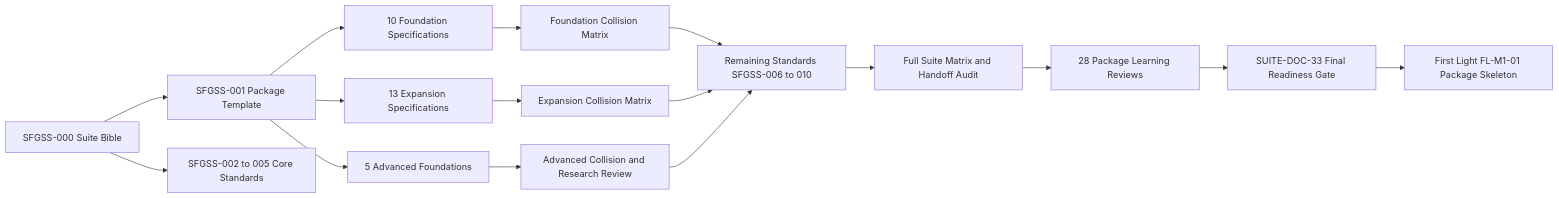
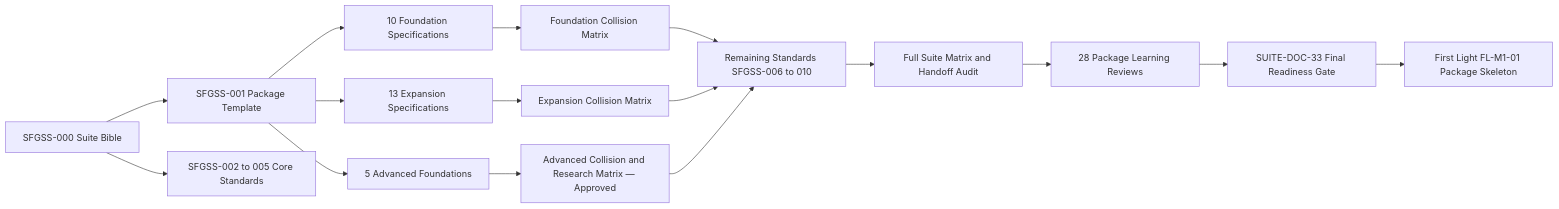
Before and after one commit to echodevgames/The-Sperk-Forge: the first of 3 diagrams in Plan Documentation/Suite_Graph_Roadmap.md, drawn with Mermaid. The commit also changed other lines of this file and 16 other files, not shown here.

Commit message:
Download the complete Advanced Review checkpoint

````diff
--- a/Plan Documentation/Suite_Graph_Roadmap.md
+++ b/Plan Documentation/Suite_Graph_Roadmap.md
@@ -29,18 +30,18 @@
 ```mermaid
 flowchart LR
     A[SFGSS-000 Suite Bible] --> B[SFGSS-001 Package Template]
     A --> C[SFGSS-002 to 005 Core Standards]
     B --> D[10 Foundation Specifications]
     B --> E[13 Expansion Specifications]
     B --> F[5 Advanced Foundations]
     D --> G[Foundation Collision Matrix]
     E --> H[Expansion Collision Matrix]
-    F --> I[Advanced Collision and Research Review]
+    F --> I[Advanced Collision and Research Matrix — Approved]
     G --> J[Remaining Standards SFGSS-006 to 010]
     H --> J
     I --> J
     J --> K[Full Suite Matrix and Handoff Audit]
     K --> L[28 Package Learning Reviews]
     L --> M[SUITE-DOC-33 Final Readiness Gate]
     M --> N[First Light FL-M1-01 Package Skeleton]
 ```
````
